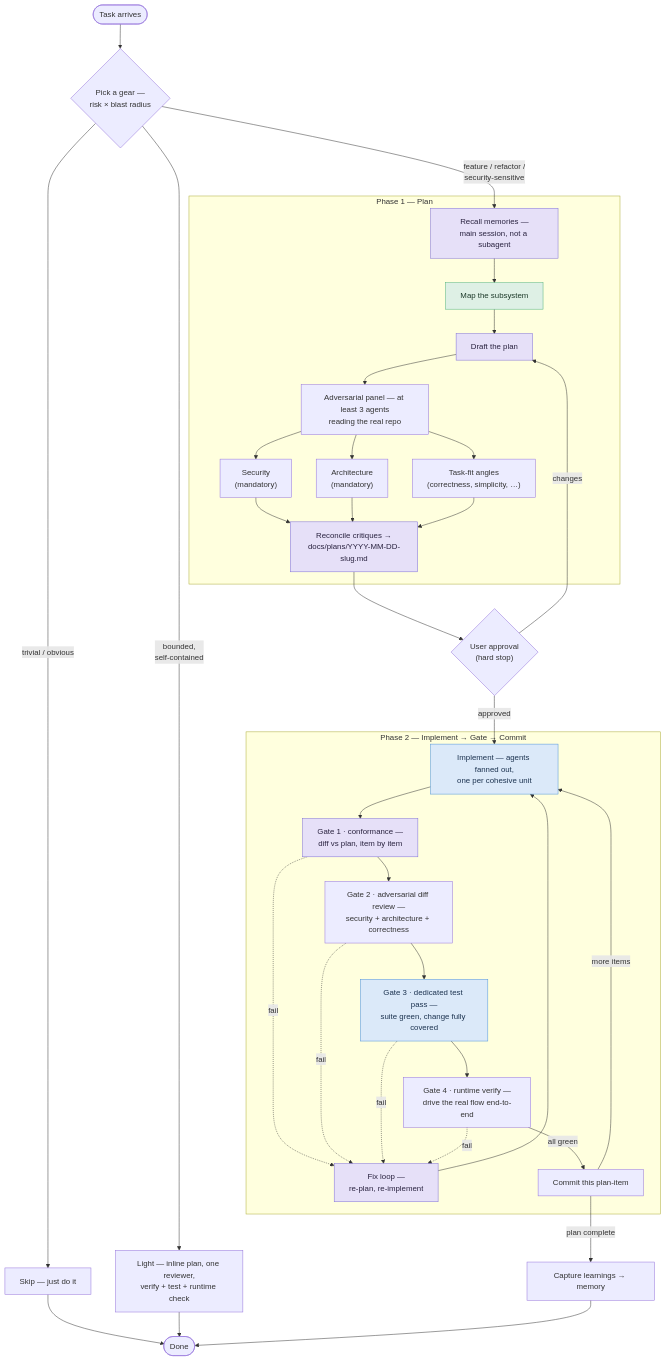
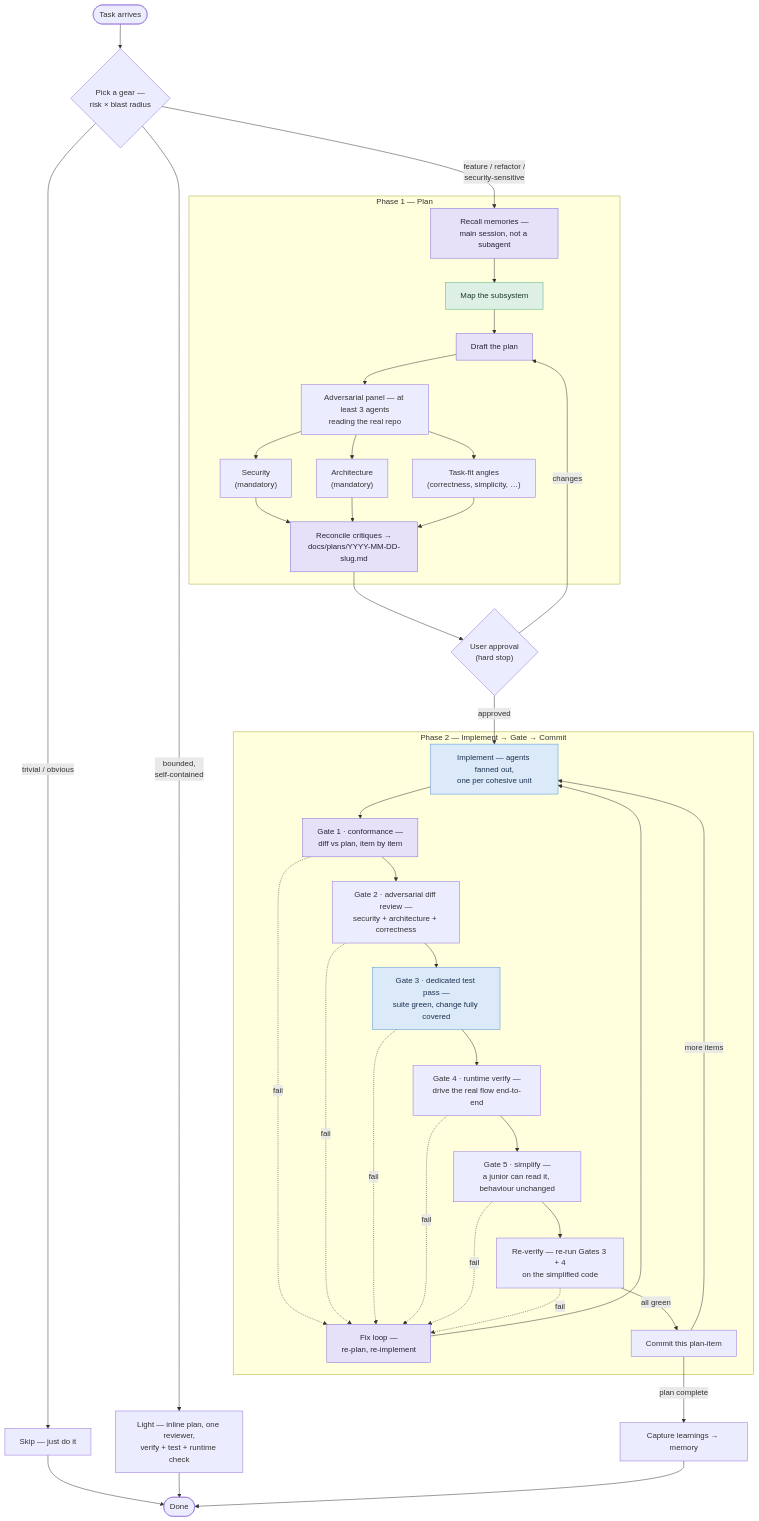
Before and after one commit to JulesNsenda/claude-workflow: the diagram in README.md, drawn with Mermaid. The commit also changed 1 other file, not shown here.

Commit message:
docs: carry Gate 5 into the diagram and the run-stats key list
Three layers describe the gate sequence and only the skill had been updated.
The README diagram ended at Gate 4 with the "all green" edge running straight
to Commit, which now routes through Gate 5 and an explicit re-verify node so
the loop back to the fix loop is visible rather than implied.

run-stats.example.md is the single source of truth for the key list, so it is
changed first per the repo's cross-layer rule. Only the description of
gates_failed_first_pass moves (1-4 -> 1-5); no key is added, renamed or
removed, so run-stats.sh and the CI fixture assertions are untouched --
re-ran them to confirm.

The sentence about Gate 5's re-verification not counting as a second failure
of gates 3-4 exists because that is the one ambiguity the new gate introduces
into an existing counter.

Claude-Session: https://claude.ai/code/session_01NNMjtnTxqrBjPbCGVqSAZy

````diff
--- a/README.md
+++ b/README.md
@@ -56,48 +56,52 @@
 ```mermaid
 flowchart TD
     Task([Task arrives]) --> Gear{"Pick a gear —<br/>risk × blast radius"}
     Gear -->|"trivial / obvious"| Skip["Skip — just do it"]
     Gear -->|"bounded,<br/>self-contained"| Light["Light — inline plan, one reviewer,<br/>verify + test + runtime check"]
     Gear -->|"feature / refactor /<br/>security-sensitive"| Orient
 
     subgraph P1["Phase 1 — Plan"]
         Orient["Recall memories —<br/>main session, not a subagent"]:::frontier --> Map["Map the subsystem"]:::fast
         Map --> Draft["Draft the plan"]:::frontier
         Draft --> Panel["Adversarial panel — at least 3 agents<br/>reading the real repo"]
         Panel --> Sec["Security<br/>(mandatory)"]
         Panel --> Arch["Architecture<br/>(mandatory)"]
         Panel --> Fit["Task-fit angles<br/>(correctness, simplicity, …)"]
         Sec --> Reconcile["Reconcile critiques →<br/>docs/plans/YYYY-MM-DD-slug.md"]:::frontier
         Arch --> Reconcile
         Fit --> Reconcile
     end
 
     Reconcile --> Approve{"User approval<br/>(hard stop)"}
     Approve -->|"changes"| Draft
     Approve -->|"approved"| Impl
 
     subgraph P2["Phase 2 — Implement → Gate → Commit"]
         Impl["Implement — agents fanned out,<br/>one per cohesive unit"]:::mid --> G1
         G1["Gate 1 · conformance —<br/>diff vs plan, item by item"]:::frontier --> G2
         G2["Gate 2 · adversarial diff review —<br/>security + architecture + correctness"] --> G3
         G3["Gate 3 · dedicated test pass —<br/>suite green, change fully covered"]:::mid --> G4
-        G4["Gate 4 · runtime verify —<br/>drive the real flow end-to-end"]
+        G4["Gate 4 · runtime verify —<br/>drive the real flow end-to-end"] --> G5
+        G5["Gate 5 · simplify —<br/>a junior can read it, behaviour unchanged"] --> ReV
+        ReV["Re-verify — re-run Gates 3 + 4<br/>on the simplified code"]
         Fix["Fix loop —<br/>re-plan, re-implement"]:::frontier
         G1 -. "fail" .-> Fix
         G2 -. "fail" .-> Fix
         G3 -. "fail" .-> Fix
         G4 -. "fail" .-> Fix
+        G5 -. "fail" .-> Fix
+        ReV -. "fail" .-> Fix
         Fix --> Impl
-        G4 -->|"all green"| Commit["Commit this plan-item"]
+        ReV -->|"all green"| Commit["Commit this plan-item"]
         Commit -->|"more items"| Impl
     end
 
     Commit -->|"plan complete"| Capture["Capture learnings → memory"]
     Skip --> Done([Done])
     Light --> Done
     Capture --> Done
 
     classDef frontier fill:#e6e0f8,stroke:#7c6bd6,color:#2a2340
     classDef mid fill:#dbe9f9,stroke:#4a90d9,color:#1c3350
     classDef fast fill:#def0e5,stroke:#4caf7d,color:#1d3a2a
 ```
````
